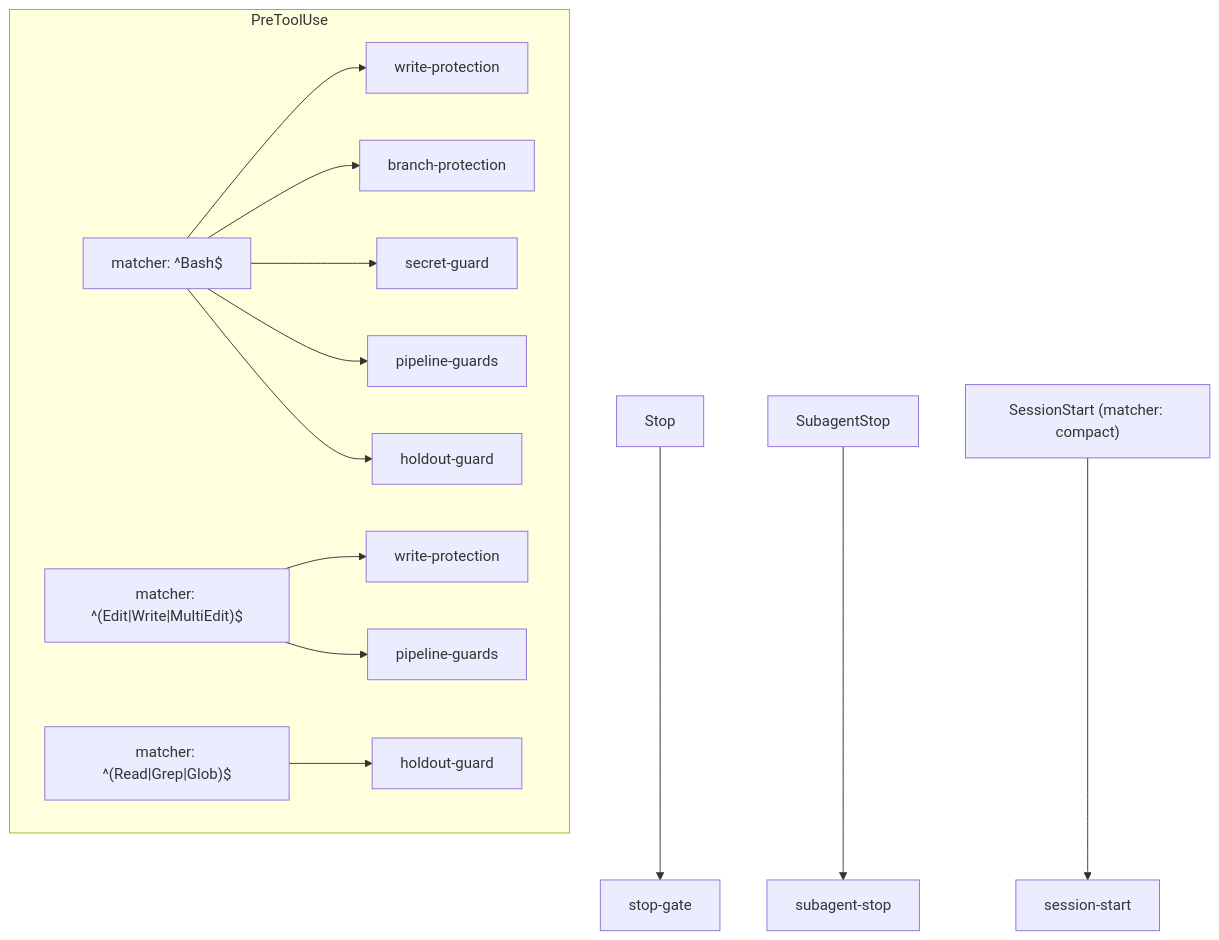
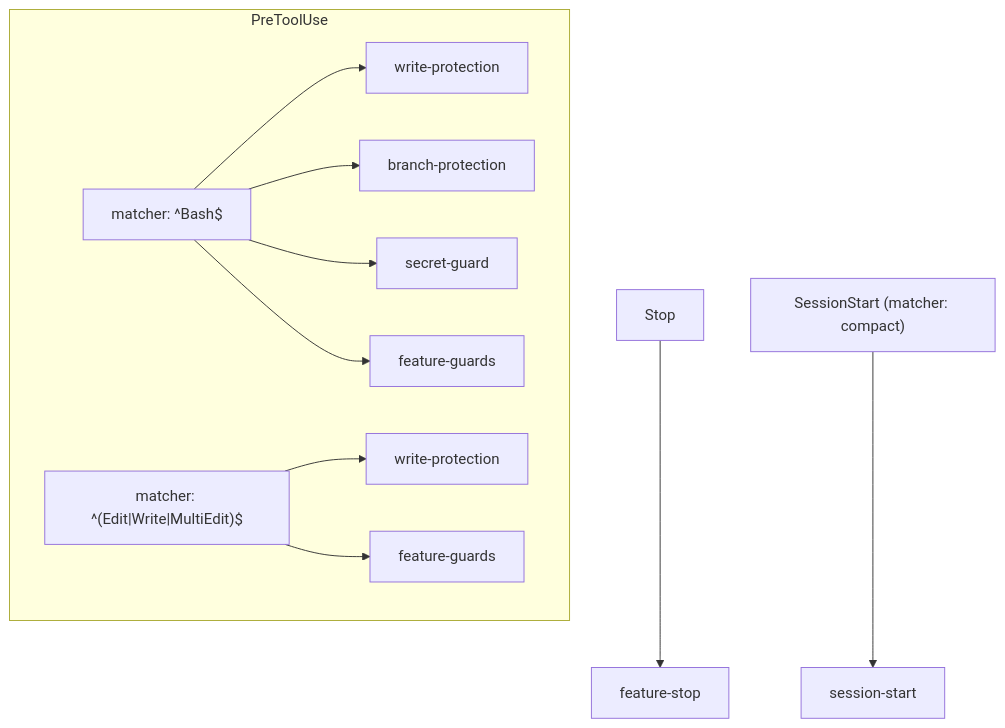
Before and after one commit to jfa94/factory: the diagram in docs/reference/hooks.md, drawn with Mermaid. The commit also changed other lines of this file and 297 other files, not shown here.

````diff
--- a/docs/reference/hooks.md
+++ b/docs/reference/hooks.md
@@ -52,16 +48,13 @@
 ```mermaid
 graph TD
   subgraph PreToolUse
     Bash["matcher: ^Bash$"] --> wpB[write-protection]
     Bash --> bp[branch-protection]
     Bash --> sg[secret-guard]
-    Bash --> pg1[pipeline-guards]
-    Bash --> hg1[holdout-guard]
+    Bash --> fg1[feature-guards]
     EWM["matcher: ^(Edit|Write|MultiEdit)$"] --> wp[write-protection]
-    EWM --> pg2[pipeline-guards]
-    RGG["matcher: ^(Read|Grep|Glob)$"] --> hg2[holdout-guard]
+    EWM --> fg2[feature-guards]
   end
-  Stop["Stop"] --> stop[stop-gate]
-  SubagentStop["SubagentStop"] --> ss[subagent-stop]
+  Stop["Stop"] --> fs[feature-stop]
   SessionStart["SessionStart (matcher: compact)"] --> sst[session-start]
 ```
````
